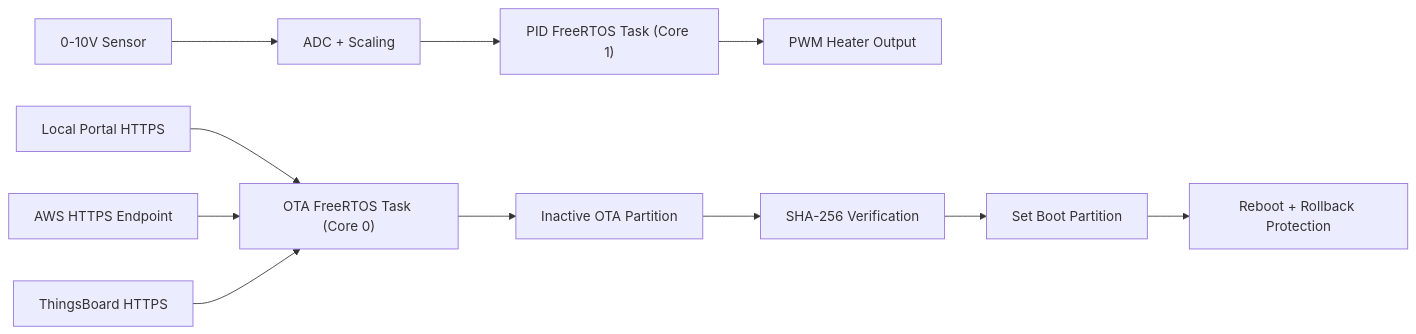
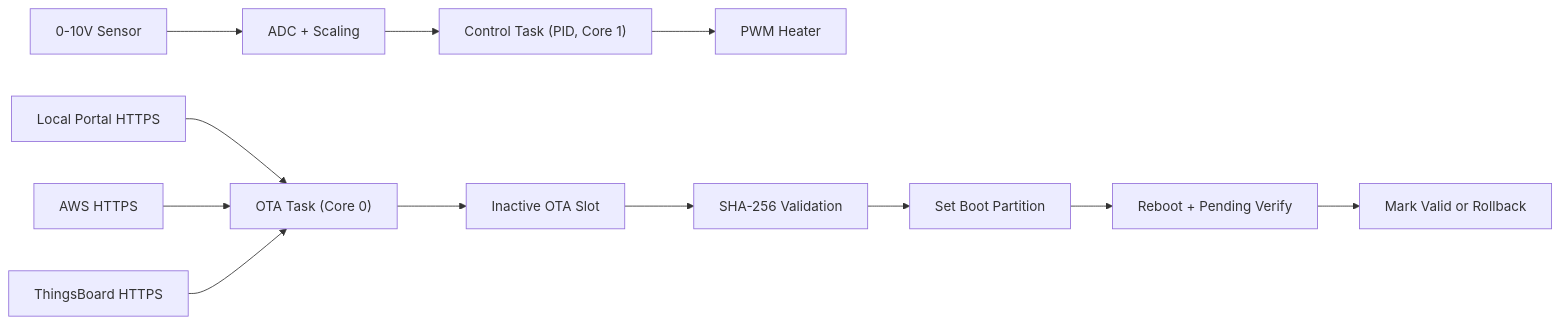
Before and after one commit to dev-nicolasv/esp32-robust-ota-architecture: the diagram in README.md, drawn with Mermaid. The commit also changed other lines of this file and 1 other file, not shown here.

````diff
--- a/README.md
+++ b/README.md
@@ -23,15 +63,16 @@
 ```mermaid
 flowchart LR
   A["0-10V Sensor"] --> B["ADC + Scaling"]
-  B --> C["PID FreeRTOS Task (Core 1)"]
-  C --> D["PWM Heater Output"]
+  B --> C["Control Task (PID, Core 1)"]
+  C --> D["PWM Heater"]
 
-  E["Local Portal HTTPS"] --> F["OTA FreeRTOS Task (Core 0)"]
-  G["AWS HTTPS Endpoint"] --> F
+  E["Local Portal HTTPS"] --> F["OTA Task (Core 0)"]
+  G["AWS HTTPS"] --> F
   H["ThingsBoard HTTPS"] --> F
 
-  F --> I["Inactive OTA Partition"]
-  I --> J["SHA-256 Verification"]
+  F --> I["Inactive OTA Slot"]
+  I --> J["SHA-256 Validation"]
   J --> K["Set Boot Partition"]
-  K --> L["Reboot + Rollback Protection"]
+  K --> L["Reboot + Pending Verify"]
+  L --> M["Mark Valid or Rollback"]
 ```
````
